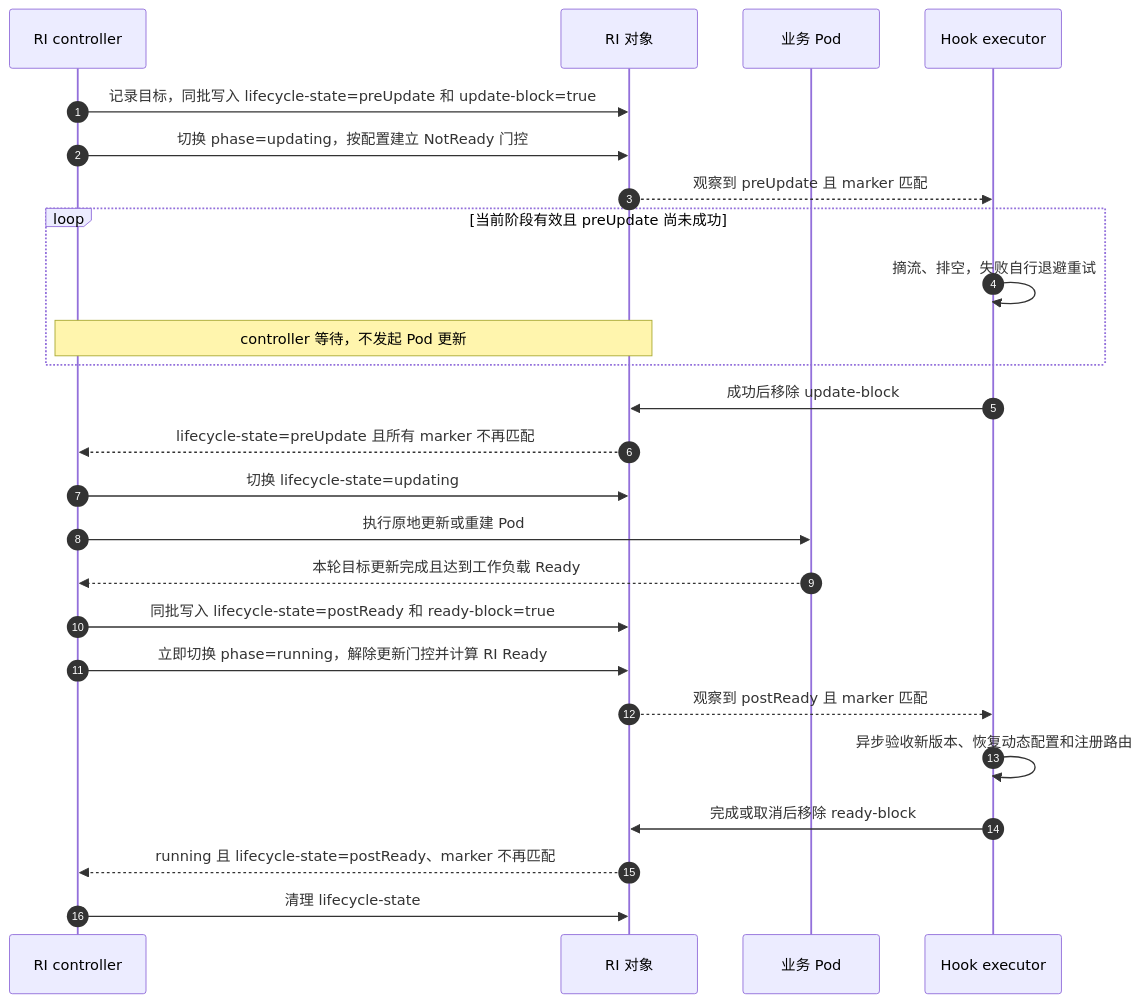
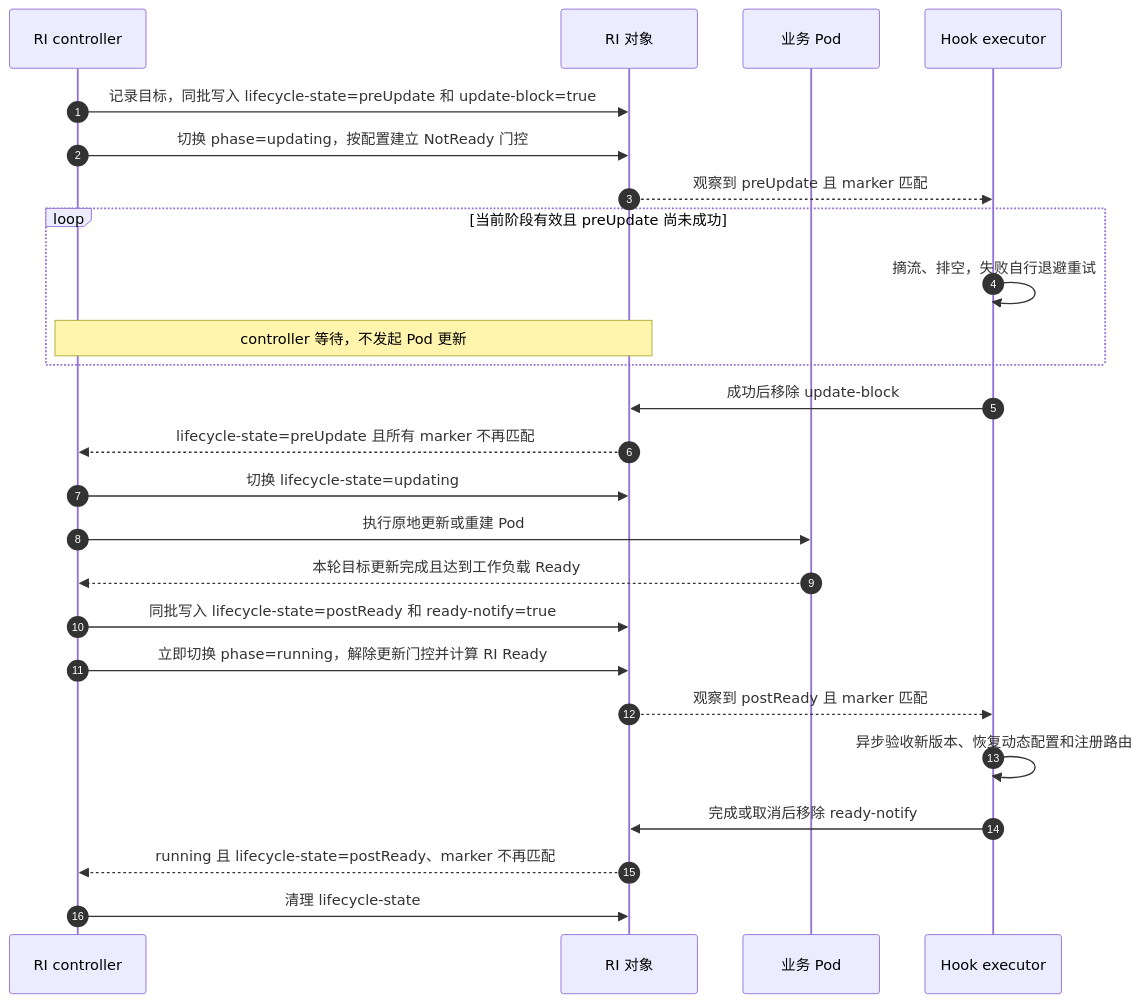
One commit to sgl-project/rbg changed the first of 4 diagrams in keps/527-roleinstance-lifecycle/README.zh-CN.md. Above: the diagram before and after it, drawn with Mermaid. The commit also changed other lines of this file and 2 other files, not shown here.

````diff
--- a/keps/527-roleinstance-lifecycle/README.zh-CN.md
+++ b/keps/527-roleinstance-lifecycle/README.zh-CN.md
@@ -290,27 +302,27 @@
 ```mermaid
 sequenceDiagram
     autonumber
     participant C as RI controller
     participant R as RI 对象
     participant P as 业务 Pod
     participant E as Hook executor
     C->>R: 记录目标，同批写入 lifecycle-state=preUpdate 和 update-block=true
     C->>R: 切换 phase=updating，按配置建立 NotReady 门控
     R-->>E: 观察到 preUpdate 且 marker 匹配
     loop 当前阶段有效且 preUpdate 尚未成功
         E->>E: 摘流、排空，失败自行退避重试
         Note over C,R: controller 等待，不发起 Pod 更新
     end
     E->>R: 成功后移除 update-block
     R-->>C: lifecycle-state=preUpdate 且所有 marker 不再匹配
     C->>R: 切换 lifecycle-state=updating
     C->>P: 执行原地更新或重建 Pod
     P-->>C: 本轮目标更新完成且达到工作负载 Ready
-    C->>R: 同批写入 lifecycle-state=postReady 和 ready-block=true
+    C->>R: 同批写入 lifecycle-state=postReady 和 ready-notify=true
     C->>R: 立即切换 phase=running，解除更新门控并计算 RI Ready
     R-->>E: 观察到 postReady 且 marker 匹配
     E->>E: 异步验收新版本、恢复动态配置和注册路由
-    E->>R: 完成或取消后移除 ready-block
+    E->>R: 完成或取消后移除 ready-notify
     R-->>C: running 且 lifecycle-state=postReady、marker 不再匹配
     C->>R: 清理 lifecycle-state
 ```
````
